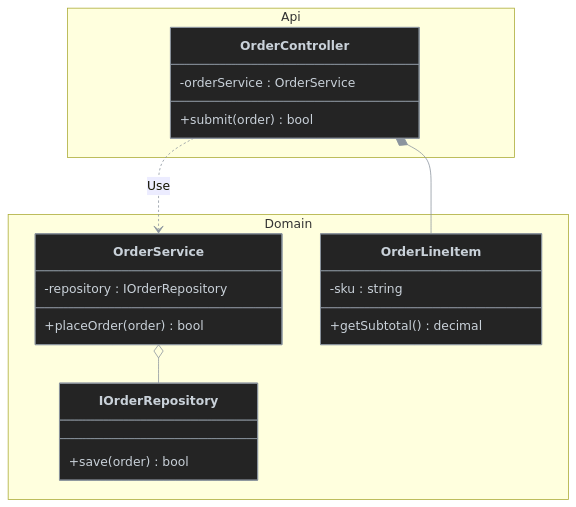
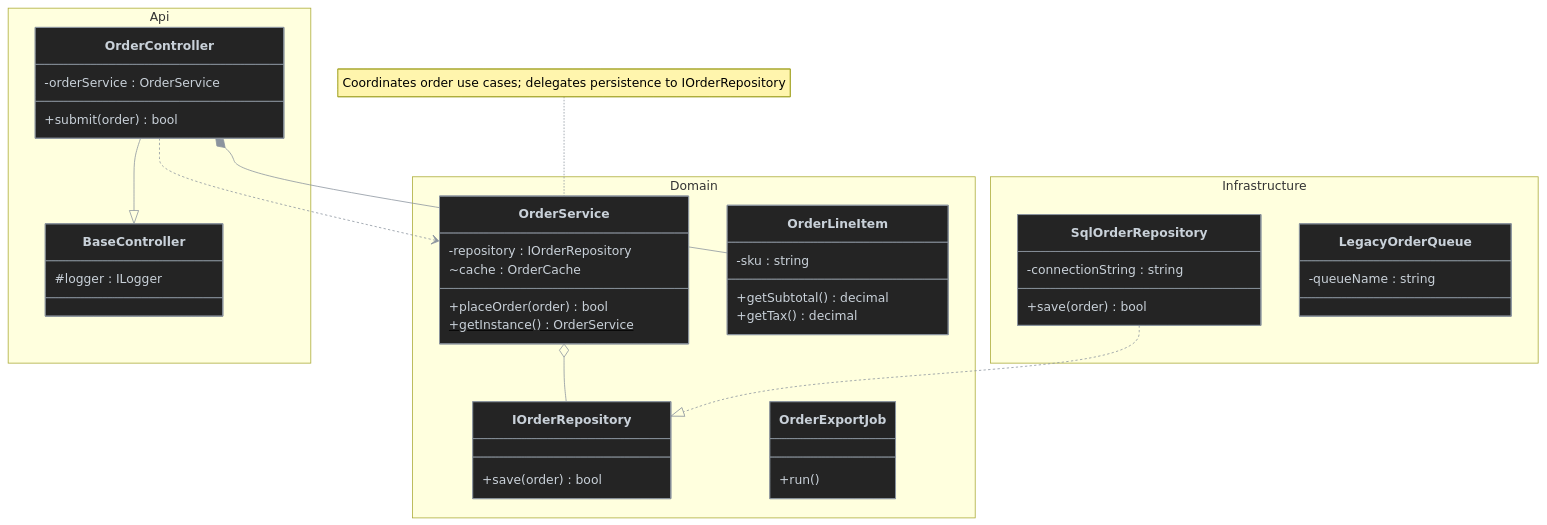
The first of 2 diagrams in plugins/wf/skills/code-diagram/README.md (antshc/brain), drawn with Mermaid before and after one commit. The commit also changed other lines of this file, not shown here.

Commit message:
Preserve code diagram examples

````diff
--- a/plugins/wf/skills/code-diagram/README.md
+++ b/plugins/wf/skills/code-diagram/README.md
@@ -7,29 +10,51 @@
 ```mermaid
 %%{init: {'themeVariables': {'lineColor': '#8b949e'}}}%%
 classDiagram
     namespace Api {
+        class BaseController {
+            #logger : ILogger
+        }
         class OrderController {
             -orderService : OrderService
             +submit(order) bool
         }
     }
     namespace Domain {
         class OrderService {
             -repository : IOrderRepository
+            ~cache : OrderCache
             +placeOrder(order) bool
+            +getInstance() OrderService$
         }
         class OrderLineItem {
             -sku : string
             +getSubtotal() decimal
+            +getTax() decimal
         }
         class IOrderRepository {
             +save(order) bool
         }
+        class OrderExportJob {
+            +run()
+        }
+    }
+    namespace Infrastructure {
+        class SqlOrderRepository {
+            -connectionString : string
+            +save(order) bool
+        }
+        class LegacyOrderQueue {
+            -queueName : string
+        }
     }
 
-    OrderController ..> OrderService : Use
+    OrderController --|> BaseController
+    OrderController *-- OrderLineItem
     OrderService o-- IOrderRepository
-    OrderController *-- OrderLineItem
+    SqlOrderRepository ..|> IOrderRepository
+    OrderController ..> OrderService
+
+    note for OrderService "Coordinates order use cases; delegates persistence to IOrderRepository"
 
     classDef default fill:#242424,stroke:#8b949e,color:#c9d1d9,stroke-width:1px
 ```
````
